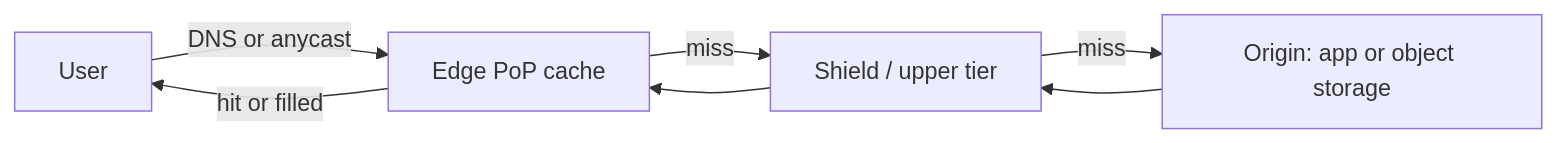
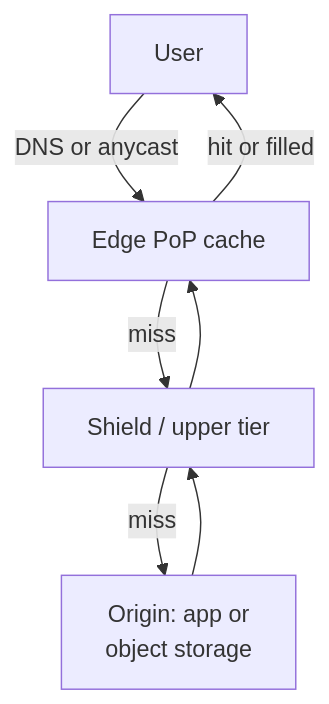
One commit to butyavk/system-design changed the diagram in src/content/docs/traffic/cdn.mdx. Above: the diagram before and after it, drawn with Mermaid. The commit also changed 144 other files, not shown here.

````diff
--- a/src/content/docs/traffic/cdn.mdx
+++ b/src/content/docs/traffic/cdn.mdx
@@ -21,9 +21,9 @@
 ```mermaid
-flowchart LR
+flowchart TB
   user["User"] -->|"DNS or anycast"| edge["Edge PoP cache"]
   edge -->|"miss"| shield["Shield / upper tier"]
-  shield -->|"miss"| origin["Origin: app or object storage"]
+  shield -->|"miss"| origin["Origin: app or<br/>object storage"]
   origin --> shield
   shield --> edge
   edge -->|"hit or filled"| user
 ```
````
